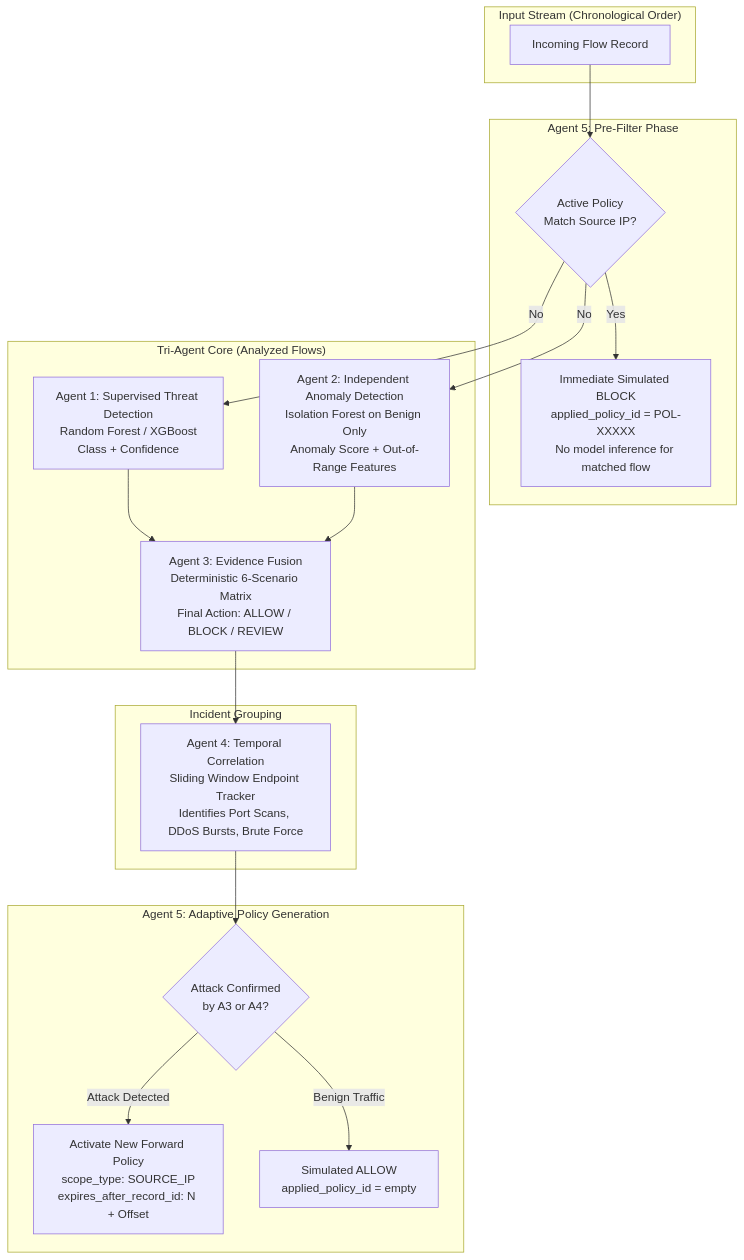
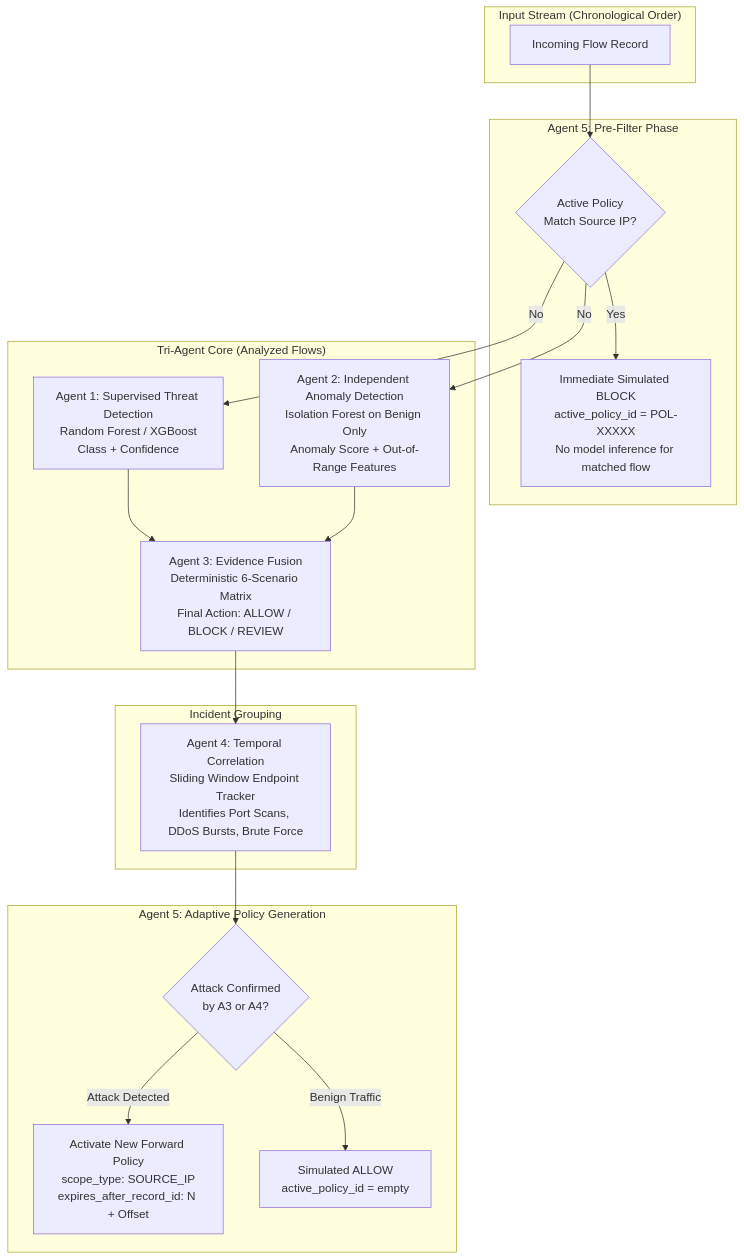
Before and after one commit to Aarush-JIIT-2030/jai: the diagram in docs/level2-brief.md, drawn with Mermaid. The commit also changed other lines of this file, not shown here.

````diff
--- a/docs/level2-brief.md
+++ b/docs/level2-brief.md
@@ -7,36 +7,36 @@
 ```mermaid
 flowchart TD
     subgraph Ingestion["Input Stream (Chronological Order)"]
         F[Incoming Flow Record]
     end
 
     subgraph A5_Pre["Agent 5: Pre-Filter Phase"]
         PF{Active Policy<br/>Match Source IP?}
-        BLK[Immediate Simulated BLOCK<br/>applied_policy_id = POL-XXXXX<br/>No model inference for matched flow]
+        BLK[Immediate Simulated BLOCK<br/>active_policy_id = POL-XXXXX<br/>No model inference for matched flow]
     end
 
     subgraph Detection["Tri-Agent Core (Analyzed Flows)"]
         A1[Agent 1: Supervised Threat Detection<br/>Random Forest / XGBoost<br/>Class + Confidence]
         A2[Agent 2: Independent Anomaly Detection<br/>Isolation Forest on Benign Only<br/>Anomaly Score + Out-of-Range Features]
         A3[Agent 3: Evidence Fusion<br/>Deterministic 6-Scenario Matrix<br/>Final Action: ALLOW / BLOCK / REVIEW]
     end
 
     subgraph Correlation["Incident Grouping"]
         A4[Agent 4: Temporal Correlation<br/>Sliding Window Endpoint Tracker<br/>Identifies Port Scans, DDoS Bursts, Brute Force]
     end
 
     subgraph A5_Post["Agent 5: Adaptive Policy Generation"]
         PG{Attack Confirmed<br/>by A3 or A4?}
         POL[Activate New Forward Policy<br/>scope_type: SOURCE_IP<br/>expires_after_record_id: N + Offset]
-        ALW[Simulated ALLOW<br/>applied_policy_id = empty]
+        ALW[Simulated ALLOW<br/>active_policy_id = empty]
     end
 
     F --> PF
     PF -- Yes --> BLK
     PF -- No --> A1 & A2
     A1 & A2 --> A3
     A3 --> A4
     A4 --> PG
     PG -- Attack Detected --> POL
     PG -- Benign Traffic --> ALW
 ```
````
